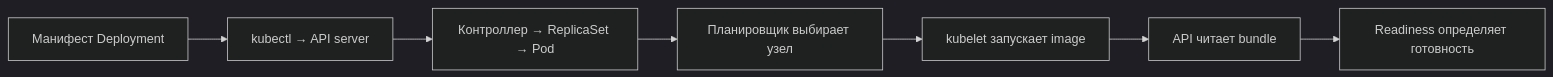
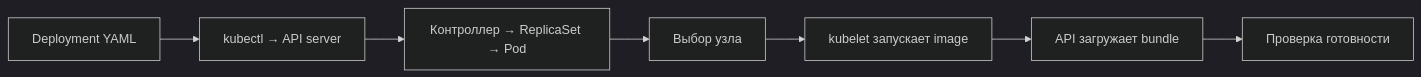
The diagram in modules/07-kubernetes/README.md (Karambollla/MLops-course), drawn with Mermaid (dark theme) before and after one commit. The commit also changed other lines of this file and 69 other files, not shown here.

````diff
--- a/modules/07-kubernetes/README.md
+++ b/modules/07-kubernetes/README.md
@@ -64,9 +66,9 @@
 ```mermaid
 flowchart LR
-    Y[Манифест Deployment] --> K[kubectl → API server]
+    Y[Deployment YAML] --> K[kubectl → API server]
     K --> C[Контроллер → ReplicaSet → Pod]
-    C --> S[Планировщик выбирает узел]
+    C --> S[Выбор узла]
     S --> N[kubelet запускает image]
-    N --> A[API читает bundle]
-    A --> R[Readiness определяет готовность]
+    N --> A[API загружает bundle]
+    A --> R[Проверка готовности]
 ```
````
